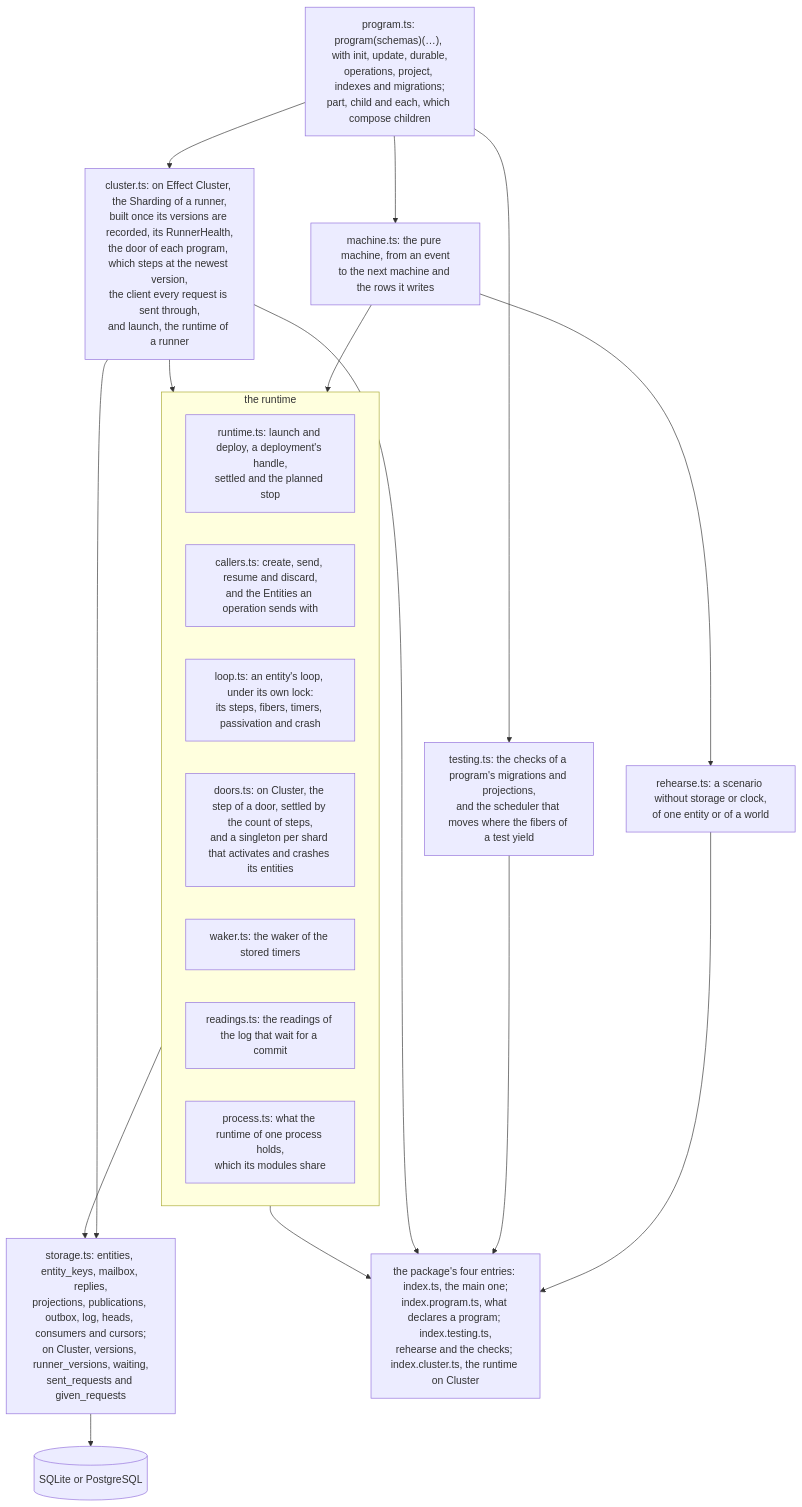
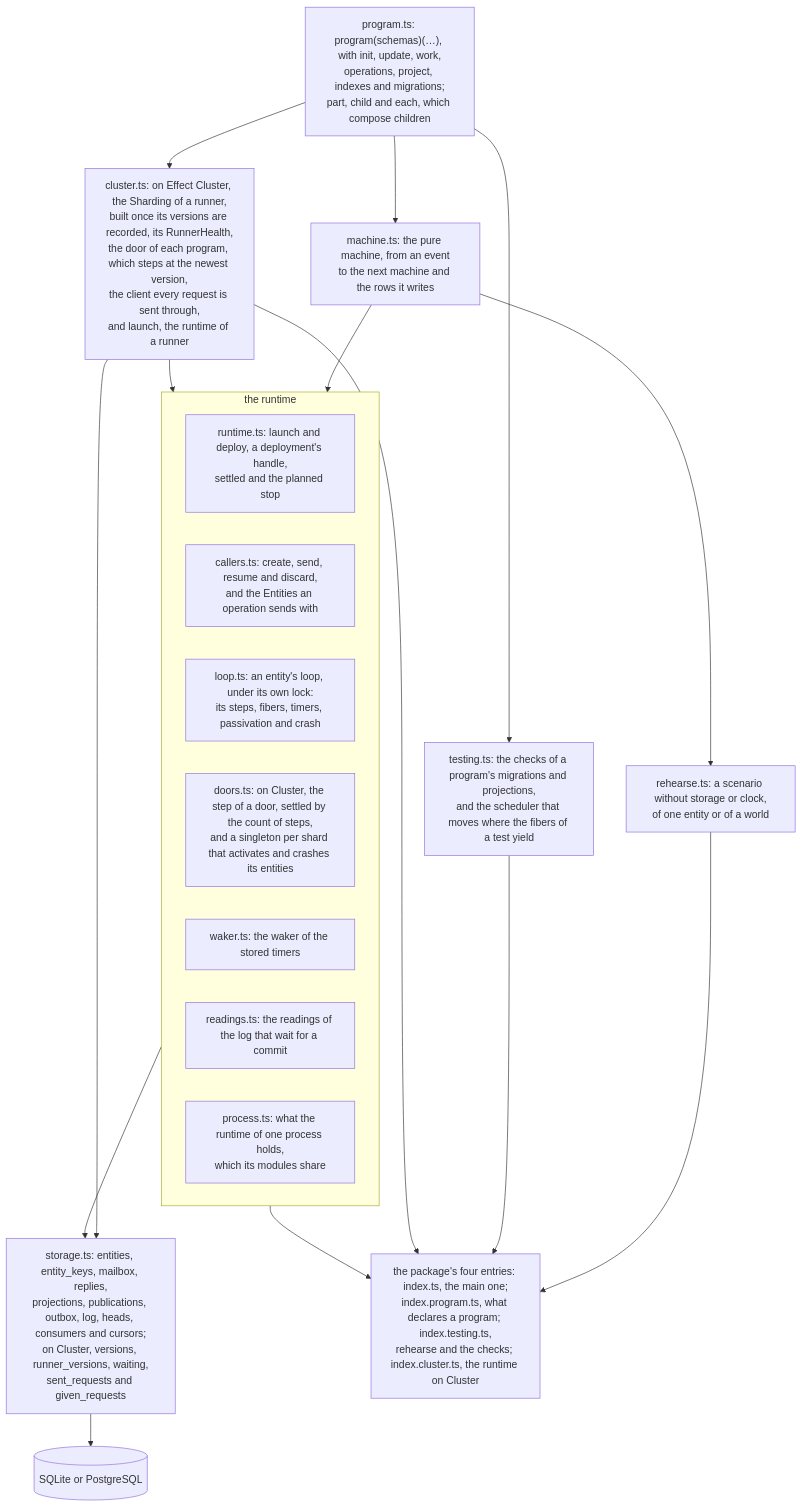
The second of 2 diagrams in README.md (fgaudo/effect-tea-durable), drawn with Mermaid before and after one commit. The commit also changed other lines of this file and 63 other files, not shown here.

````diff
--- a/README.md
+++ b/README.md
@@ -96,34 +96,34 @@
 ```mermaid
 flowchart TB
-  program["program.ts: program(schemas)(…), with init, update, durable,<br/>operations, project, indexes and migrations;<br/>part, child and each, which compose children"]
+  program["program.ts: program(schemas)(…), with init, update, work,<br/>operations, project, indexes and migrations;<br/>part, child and each, which compose children"]
   machine["machine.ts: the pure machine, from an event<br/>to the next machine and the rows it writes"]
   rehearse["rehearse.ts: a scenario without storage or clock,<br/>of one entity or of a world"]
   testing["testing.ts: the checks of a program's migrations and projections,<br/>and the scheduler that moves where the fibers of a test yield"]
   subgraph runtime["the runtime"]
     launch["runtime.ts: launch and deploy, a deployment's handle,<br/>settled and the planned stop"]
     callers["callers.ts: create, send, resume and discard,<br/>and the Entities an operation sends with"]
     loop["loop.ts: an entity's loop, under its own lock:<br/>its steps, fibers, timers, passivation and crash"]
     doors["doors.ts: on Cluster, the step of a door, settled by the count of steps,<br/>and a singleton per shard that activates and crashes its entities"]
     waker["waker.ts: the waker of the stored timers"]
     readings["readings.ts: the readings of the log that wait for a commit"]
     process["process.ts: what the runtime of one process holds,<br/>which its modules share"]
   end
   cluster["cluster.ts: on Effect Cluster, the Sharding of a runner,<br/>built once its versions are recorded, its RunnerHealth,<br/>the door of each program, which steps at the newest version,<br/>the client every request is sent through,<br/>and launch, the runtime of a runner"]
   storage["storage.ts: entities, entity_keys, mailbox, replies,<br/>projections, publications, outbox, log, heads, consumers and cursors;<br/>on Cluster, versions, runner_versions, waiting,<br/>sent_requests and given_requests"]
   db[(SQLite or PostgreSQL)]
   entries["the package's four entries: index.ts, the main one;<br/>index.program.ts, what declares a program; index.testing.ts,<br/>rehearse and the checks; index.cluster.ts, the runtime on Cluster"]
 
   program --> machine
   machine --> rehearse
   program --> testing
   machine --> runtime
   program --> cluster
   runtime --> storage
   cluster --> runtime
   cluster --> storage
   storage --> db
   rehearse --> entries
   testing --> entries
   cluster --> entries
   runtime --> entries
 ```
````
